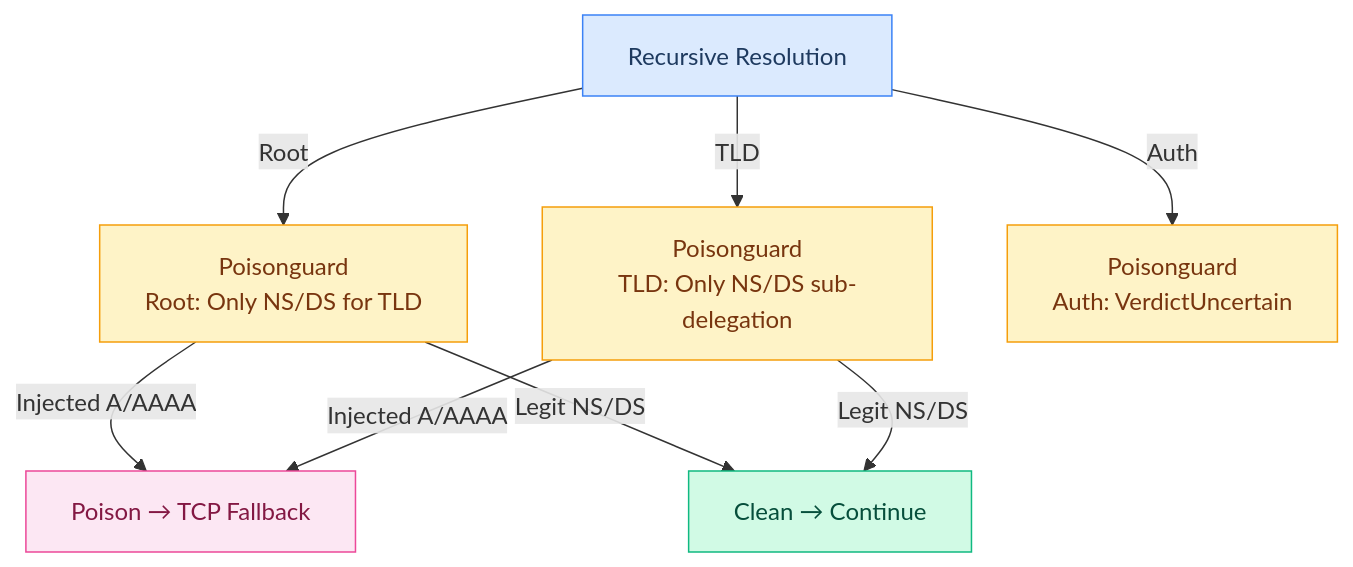
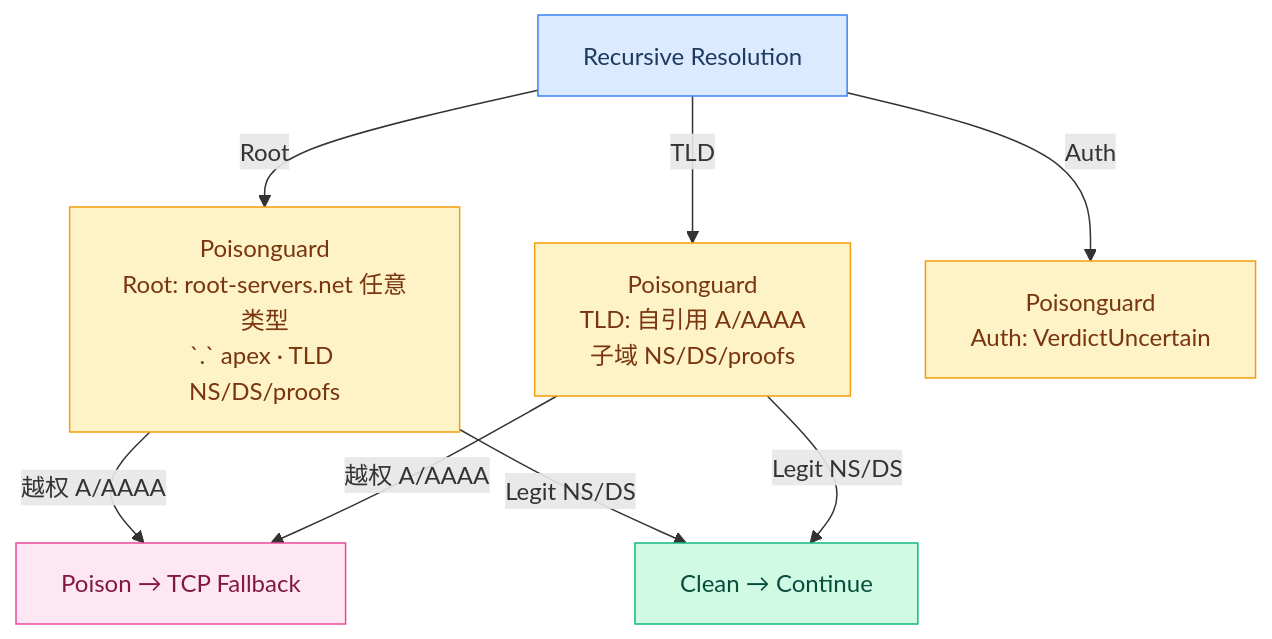
Diagram 13 of 30 in docs/FLOWCHARTS.md (hezhijie0327/ZJDNS), drawn with Mermaid before and after one commit. The commit also changed other lines of this file and 8 other files, not shown here.

````diff
--- a/docs/FLOWCHARTS.md
+++ b/docs/FLOWCHARTS.md
@@ -236,18 +354,18 @@
 ```mermaid
 graph TD
-    REC[Recursive Resolution] -->|Root| RPG[Poisonguard<br/>Root: Only NS/DS for TLD]
-    REC -->|TLD| TPG[Poisonguard<br/>TLD: Only NS/DS sub-delegation]
+    REC[Recursive Resolution] -->|Root| RPG[Poisonguard<br/>Root: root-servers.net 任意类型<br/>`.` apex · TLD NS/DS/proofs]
+    REC -->|TLD| TPG[Poisonguard<br/>TLD: 自引用 A/AAAA<br/>子域 NS/DS/proofs]
     REC -->|Auth| APG[Poisonguard<br/>Auth: VerdictUncertain]
-    RPG -->|Injected A/AAAA| POISON[Poison → TCP Fallback]
-    TPG -->|Injected A/AAAA| POISON
+    RPG -->|越权 A/AAAA| POISON[Poison → TCP Fallback]
+    TPG -->|越权 A/AAAA| POISON
     RPG -->|Legit NS/DS| CLEAN[Clean → Continue]
     TPG -->|Legit NS/DS| CLEAN
     classDef rec fill:#dbeafe,stroke:#3b82f6,color:#1e3a5f
     classDef defense fill:#fef3c7,stroke:#f59e0b,color:#78350f
     classDef ok fill:#d1fae5,stroke:#10b981,color:#064e3b
     classDef poison fill:#fce7f3,stroke:#ec4899,color:#831843
     class REC rec
     class RPG,TPG,APG defense
     class CLEAN ok
     class POISON poison
 ```
````
